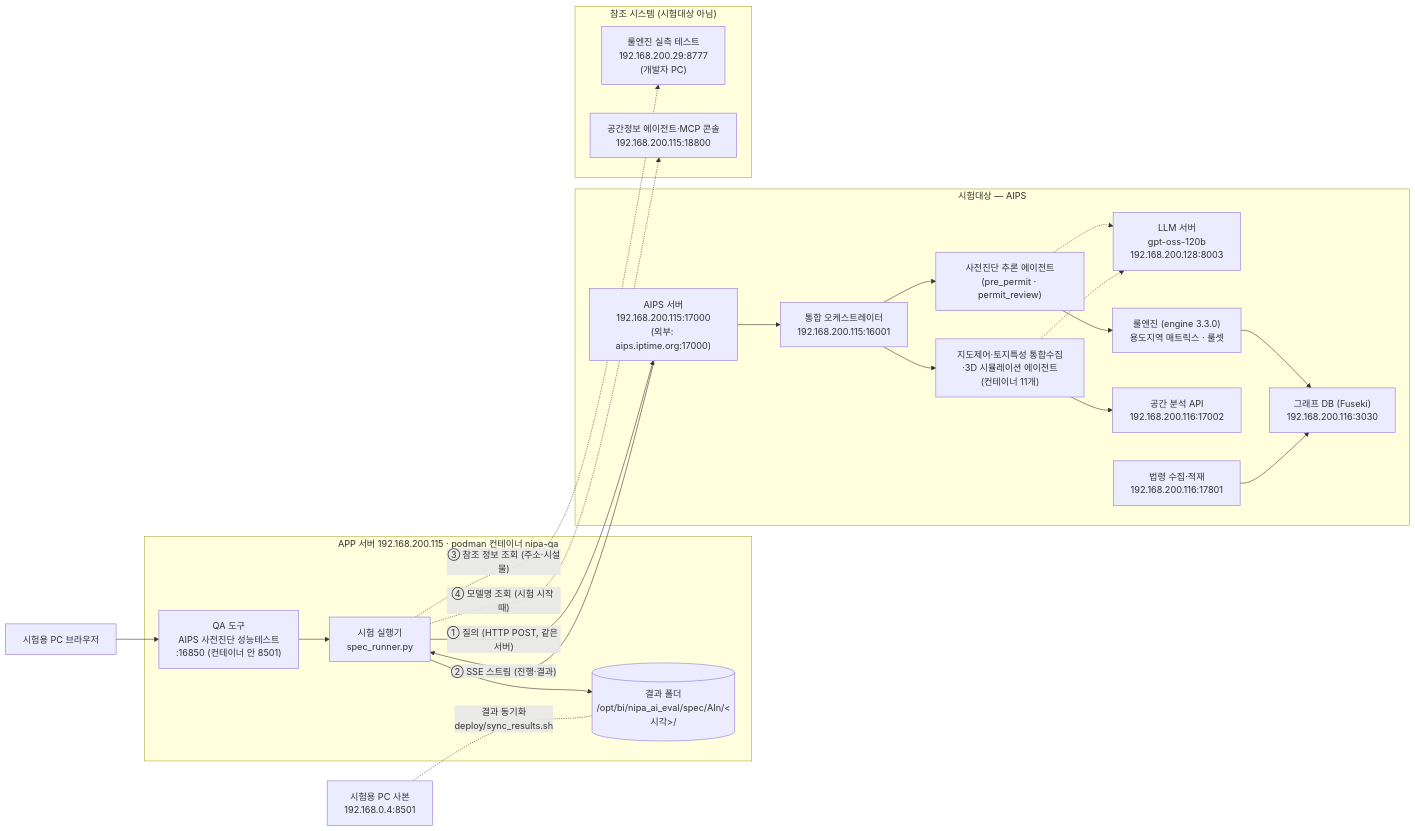
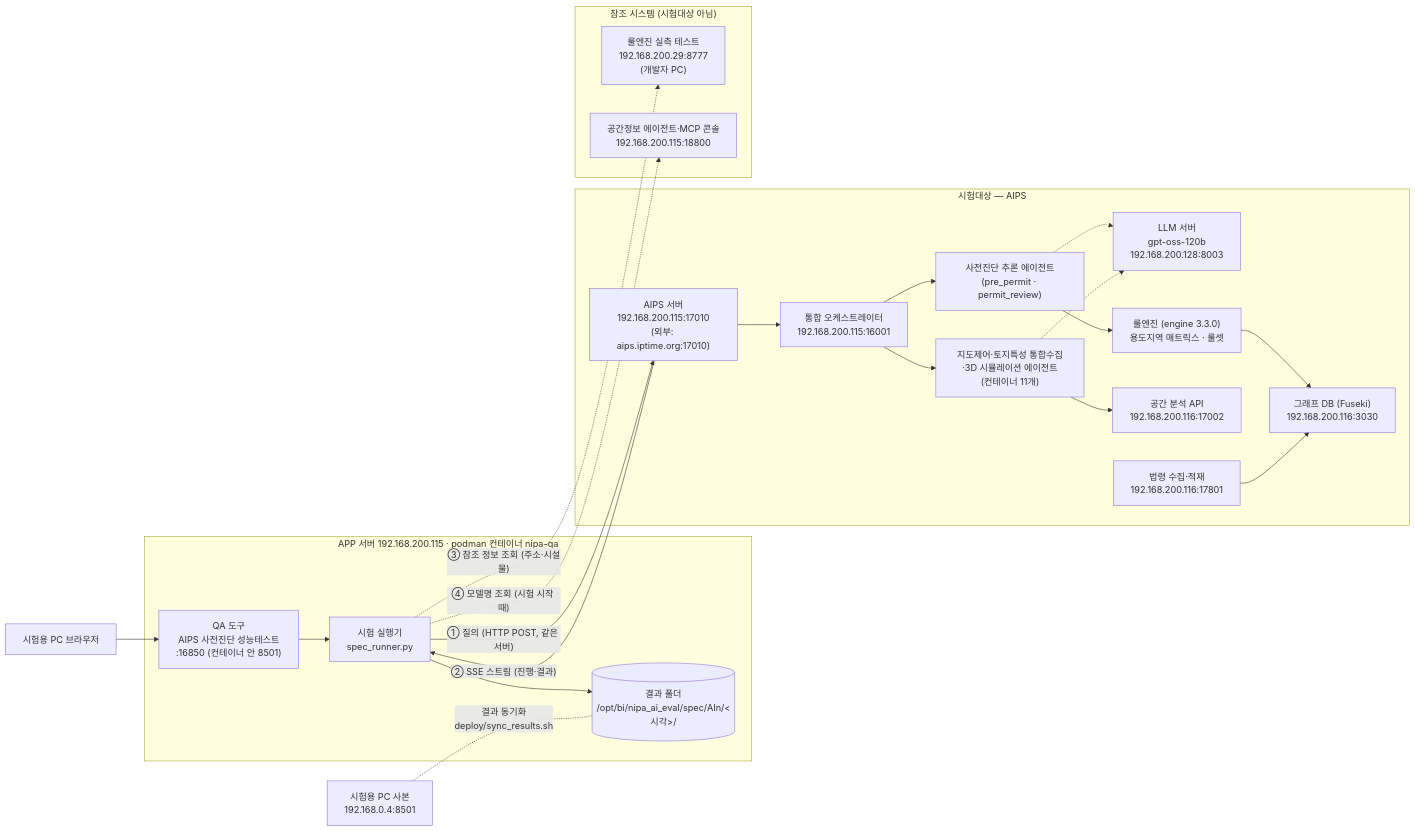
The first of 2 diagrams in 시스템_아키텍처.md (eunkyeoung/nipa_ai_eval), drawn with Mermaid before and after one commit. The commit also changed other lines of this file and 9 other files, not shown here.

````diff
--- a/시스템_아키텍처.md
+++ b/시스템_아키텍처.md
@@ -18,41 +18,41 @@
 ```mermaid
 flowchart LR
     BR["시험용 PC 브라우저"] --> APP
     subgraph QA["APP 서버 192.168.200.115 · podman 컨테이너 nipa-qa"]
         APP["QA 도구<br/>AIPS 사전진단 성능테스트<br/>:16850 (컨테이너 안 8501)"]
         APP --> RUN["시험 실행기<br/>spec_runner.py"]
         RUN --> FS[("결과 폴더<br/>/opt/bi/nipa_ai_eval/spec/AIn/&lt;시각&gt;/")]
     end
     PCQA["시험용 PC 사본<br/>192.168.0.4:8501"] -. "결과 동기화<br/>deploy/sync_results.sh" .- FS
 
     subgraph SUT["시험대상 — AIPS"]
-        WEB["AIPS 서버<br/>192.168.200.115:17000<br/>(외부: aips.iptime.org:17000)"]
+        WEB["AIPS 서버<br/>192.168.200.115:17010<br/>(외부: aips.iptime.org:17010)"]
         ORC["통합 오케스트레이터<br/>192.168.200.115:16001"]
         PP["사전진단 추론 에이전트<br/>(pre_permit · permit_review)"]
         SPA["지도제어·토지특성 통합수집·3D 시뮬레이션 에이전트<br/>(컨테이너 11개)"]
         LLM["LLM 서버<br/>gpt-oss-120b<br/>192.168.200.128:8003"]
         ENG["룰엔진 (engine 3.3.0)<br/>용도지역 매트릭스 · 룰셋"]
         GEO["공간 분석 API<br/>192.168.200.116:17002"]
         LAW["법령 수집·적재<br/>192.168.200.116:17801"]
         FUS["그래프 DB (Fuseki)<br/>192.168.200.116:3030"]
         WEB --> ORC
         ORC --> PP
         ORC --> SPA
         PP --> ENG
         SPA --> GEO
         PP -.-> LLM
         SPA -.-> LLM
         ENG --> FUS
         LAW --> FUS
     end
 
     subgraph REF["참조 시스템 (시험대상 아님)"]
         R8777["룰엔진 실측 테스트<br/>192.168.200.29:8777<br/>(개발자 PC)"]
         CON["공간정보 에이전트·MCP 콘솔<br/>192.168.200.115:18800"]
     end
 
     RUN -- "① 질의 (HTTP POST, 같은 서버)" --> WEB
     WEB -- "② SSE 스트림 (진행·결과)" --> RUN
     RUN -. "③ 참조 정보 조회 (주소·시설물)" .-> R8777
     RUN -. "④ 모델명 조회 (시험 시작 때)" .-> CON
 ```
````
